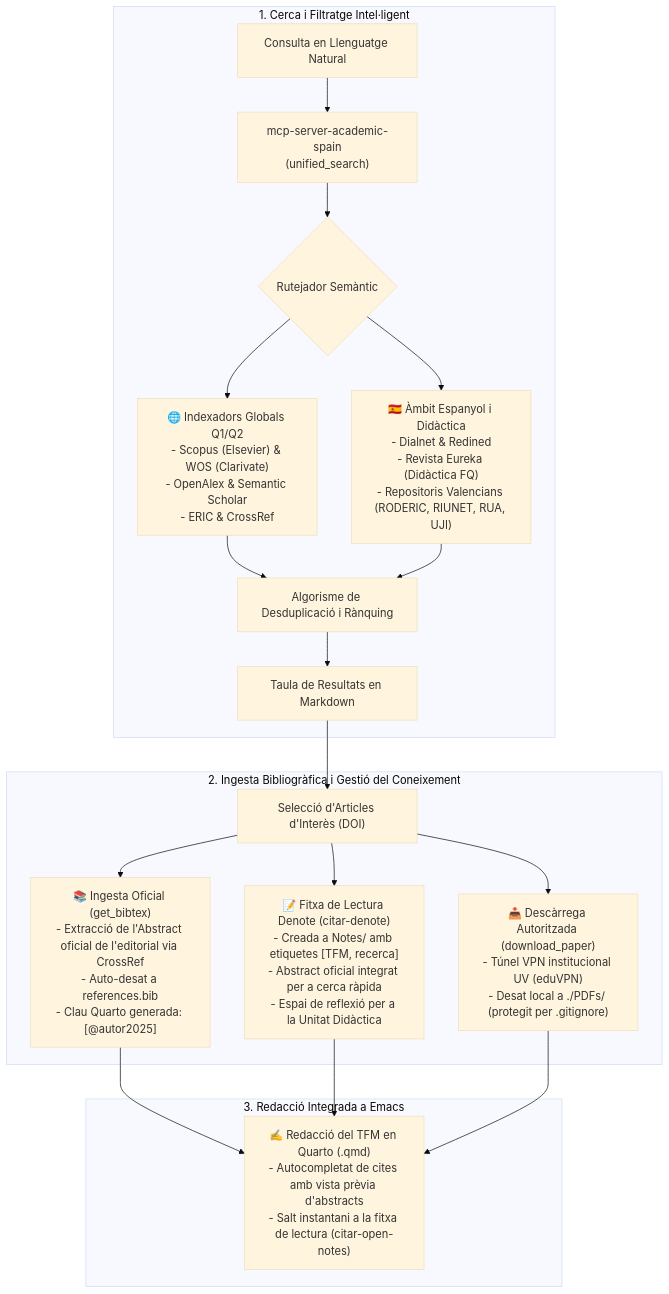
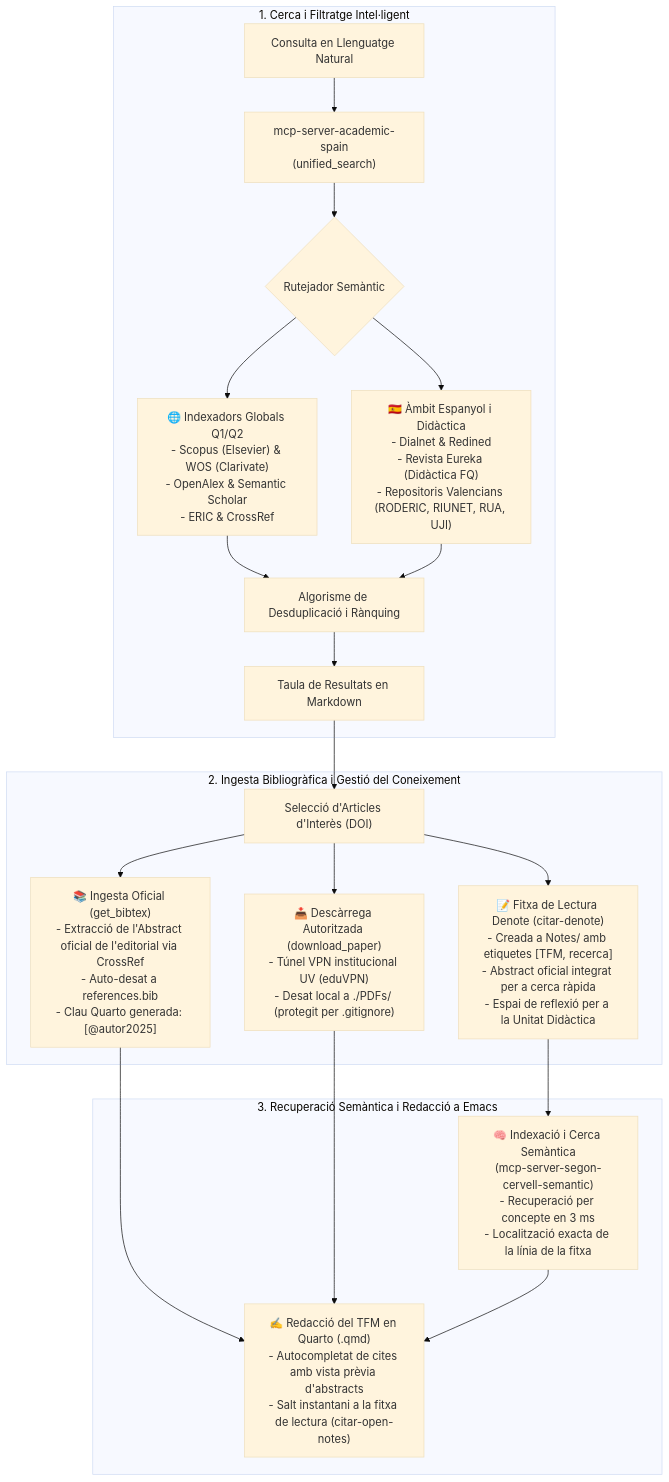
Before and after one commit to CasimirVictoria/TFM-Secundaria_FiQ_PC_Jupyter_Sagemath: the diagram in exemple_us_mcp.md, drawn with Mermaid (base theme).

Commit message:
Diagrama: Afegeix mcp-server-segon-cervell-semantic a la fase 3 del flux de treball Mermaid

````diff
--- a/exemple_us_mcp.md
+++ b/exemple_us_mcp.md
@@ -22,24 +22,25 @@
 ```mermaid
 flowchart TD
     subgraph Fase1 ["1. Cerca i Filtratge Intel·ligent"]
         Query["Consulta en Llenguatge Natural"] --> MCP["mcp-server-academic-spain\n(unified_search)"]
         MCP --> Router{"Rutejador Semàntic"}
         
         Router --> Global["🌐 Indexadors Globals Q1/Q2\n- Scopus (Elsevier) & WOS (Clarivate)\n- OpenAlex & Semantic Scholar\n- ERIC & CrossRef"]
         Router --> Espanyol["🇪🇸 Àmbit Espanyol i Didàctica\n- Dialnet & Redined\n- Revista Eureka (Didàctica FQ)\n- Repositoris Valencians (RODERIC, RIUNET, RUA, UJI)"]
         
         Global & Espanyol --> Dedup["Algorisme de Desduplicació i Rànquing"]
         Dedup --> Results["Taula de Resultats en Markdown"]
     end
 
     subgraph Fase2 ["2. Ingesta Bibliogràfica i Gestió del Coneixement"]
         Results --> Select["Selecció d'Articles d'Interès (DOI)"]
         Select --> Bib["📚 Ingesta Oficial (get_bibtex)\n- Extracció de l'Abstract oficial de l'editorial via CrossRef\n- Auto-desat a references.bib\n- Clau Quarto generada: [@autor2025]"]
         Select --> Note["📝 Fitxa de Lectura Denote (citar-denote)\n- Creada a Notes/ amb etiquetes [TFM, recerca]\n- Abstract oficial integrat per a cerca ràpida\n- Espai de reflexió per a la Unitat Didàctica"]
         Select --> VPN["📥 Descàrrega Autoritzada (download_paper)\n- Túnel VPN institucional UV (eduVPN)\n- Desat local a ./PDFs/ (protegit per .gitignore)"]
     end
 
-    subgraph Fase3 ["3. Redacció Integrada a Emacs"]
-        Bib & Note & VPN --> Emacs["✍️ Redacció del TFM en Quarto (.qmd)\n- Autocompletat de cites amb vista prèvia d'abstracts\n- Salt instantani a la fitxa de lectura (citar-open-notes)"]
+    subgraph Fase3 ["3. Recuperació Semàntica i Redacció a Emacs"]
+        Note --> Semantic["🧠 Indexació i Cerca Semàntica\n(mcp-server-segon-cervell-semantic)\n- Recuperació per concepte en 3 ms\n- Localització exacta de la línia de la fitxa"]
+        Bib & VPN & Semantic --> Emacs["✍️ Redacció del TFM en Quarto (.qmd)\n- Autocompletat de cites amb vista prèvia d'abstracts\n- Salt instantani a la fitxa de lectura (citar-open-notes)"]
     end
 ```
````
